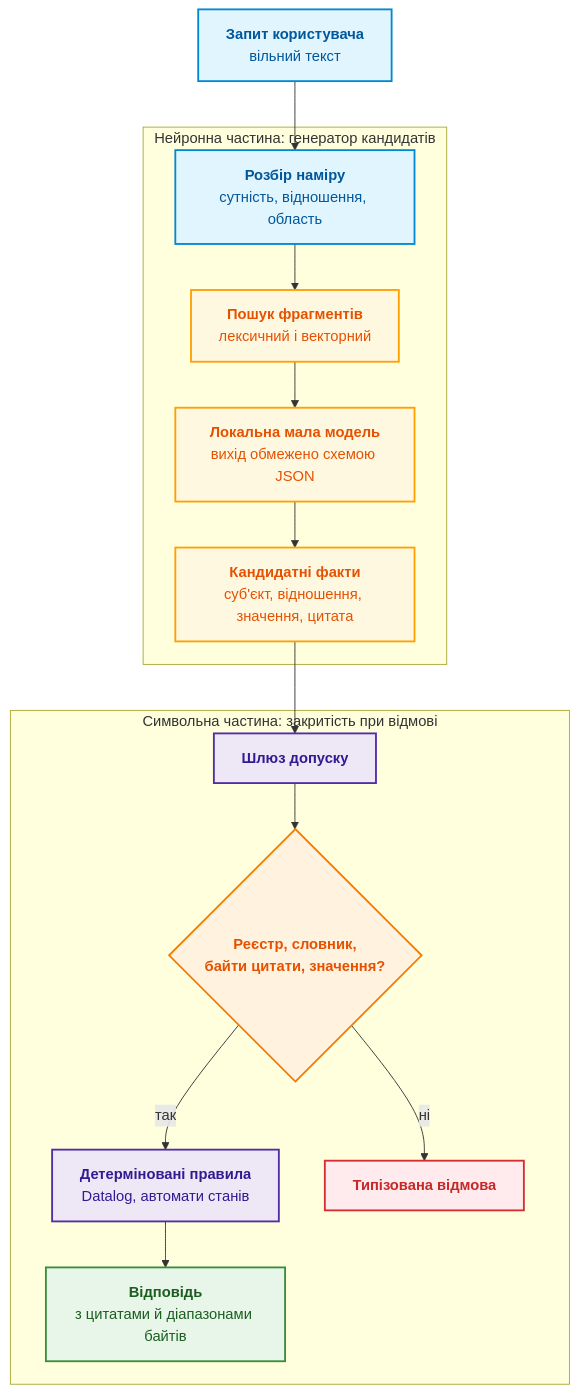
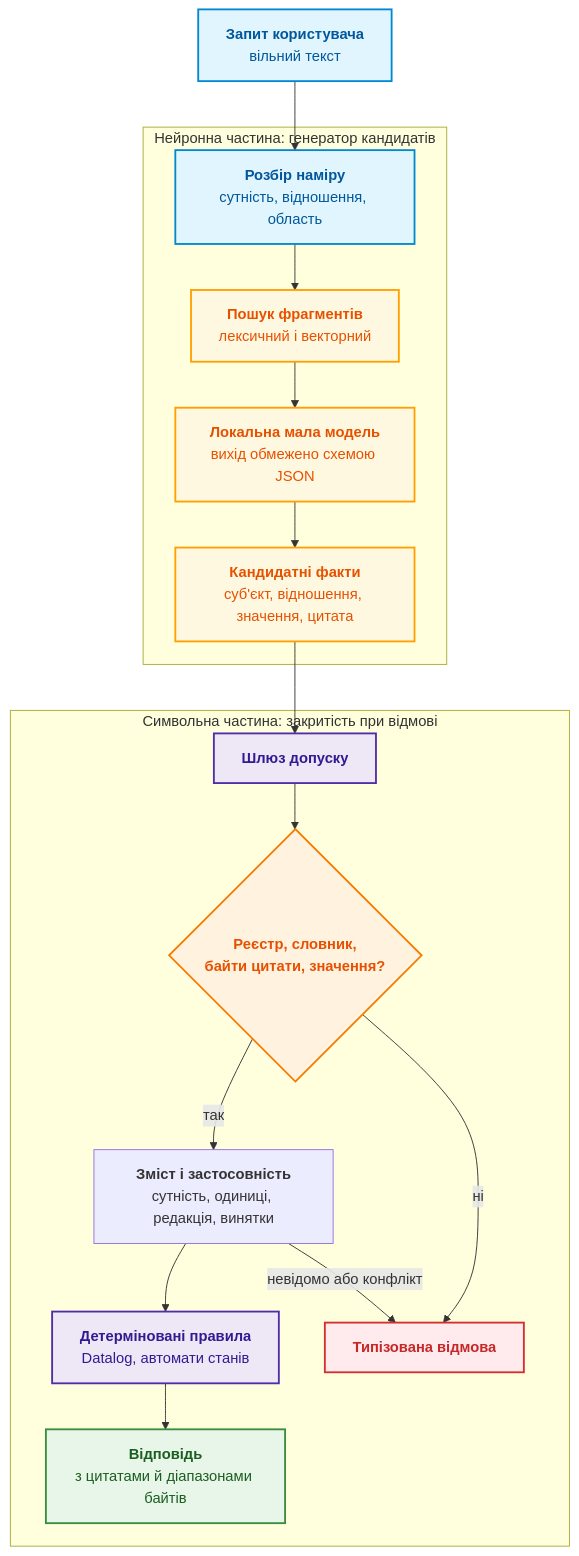
The second of 5 diagrams in ExpertSystem/ch29-neuro-symbolic-architecture.md (nick-fedchik/articles), drawn with Mermaid before and after one commit. The commit also changed other lines of this file and 7 other files, not shown here.

````diff
--- a/ExpertSystem/ch29-neuro-symbolic-architecture.md
+++ b/ExpertSystem/ch29-neuro-symbolic-architecture.md
@@ -107,33 +121,35 @@
 ```mermaid
 flowchart TD
-    accTitle: Нейро-символьна архітектура експертної системи
+	accTitle: Нейро-символьна архітектура експертної системи
     accDescr: Запит проходить розбір наміру й пошук фрагментів, мала мовна модель пропонує кандидатні факти з цитатами, шлюз допуску перевіряє реєстр, словник, байти й значення, детерміновані правила формують відповідь з цитатами, а непройдені кандидати дають відмову.
 
     Query["<b>Запит користувача</b><br/>вільний текст"] --> Intent["<b>Розбір наміру</b><br/>сутність, відношення, область"]
     subgraph Neural["Нейронна частина: генератор кандидатів"]
         Intent --> Retrieval["<b>Пошук фрагментів</b><br/>лексичний і векторний"]
         Retrieval --> SLM["<b>Локальна мала модель</b><br/>вихід обмежено схемою JSON"]
         SLM --> Proposals["<b>Кандидатні факти</b><br/>суб'єкт, відношення, значення, цитата"]
     end
     subgraph Symbolic["Символьна частина: закритість при відмові"]
         Proposals --> Gate["<b>Шлюз допуску</b>"]
         Gate --> Check{"<b>Реєстр, словник,<br/>байти цитати, значення?</b>"}
-        Check -->|"так"| Rules["<b>Детерміновані правила</b><br/>Datalog, автомати станів"]
+		Check -->|"так"| Semantic["<b>Зміст і застосовність</b><br/>сутність, одиниці, редакція, винятки"]
+		Semantic --> Rules["<b>Детерміновані правила</b><br/>Datalog, автомати станів"]
+		Semantic -->|"невідомо або конфлікт"| Refusal
         Check -->|"ні"| Refusal["<b>Типізована відмова</b>"]
         Rules --> Answer["<b>Відповідь</b><br/>з цитатами й діапазонами байтів"]
     end
 
     classDef inp fill:#e1f5fe,stroke:#0288d1,stroke-width:2px,color:#01579b;
     classDef neural fill:#fff8e1,stroke:#ffa000,stroke-width:2px,color:#e65100;
     classDef sym fill:#ede7f6,stroke:#512da8,stroke-width:2px,color:#311b92;
     classDef gate fill:#fff3e0,stroke:#f57c00,stroke-width:2px,color:#e65100;
     classDef ok fill:#e8f5e9,stroke:#388e3c,stroke-width:2px,color:#1b5e20;
     classDef fail fill:#ffebee,stroke:#d32f2f,stroke-width:2px,color:#c62828;
 
     class Query,Intent inp;
     class Retrieval,SLM,Proposals neural;
     class Gate,Rules sym;
     class Check gate;
     class Answer ok;
     class Refusal fail;
 ```
````
